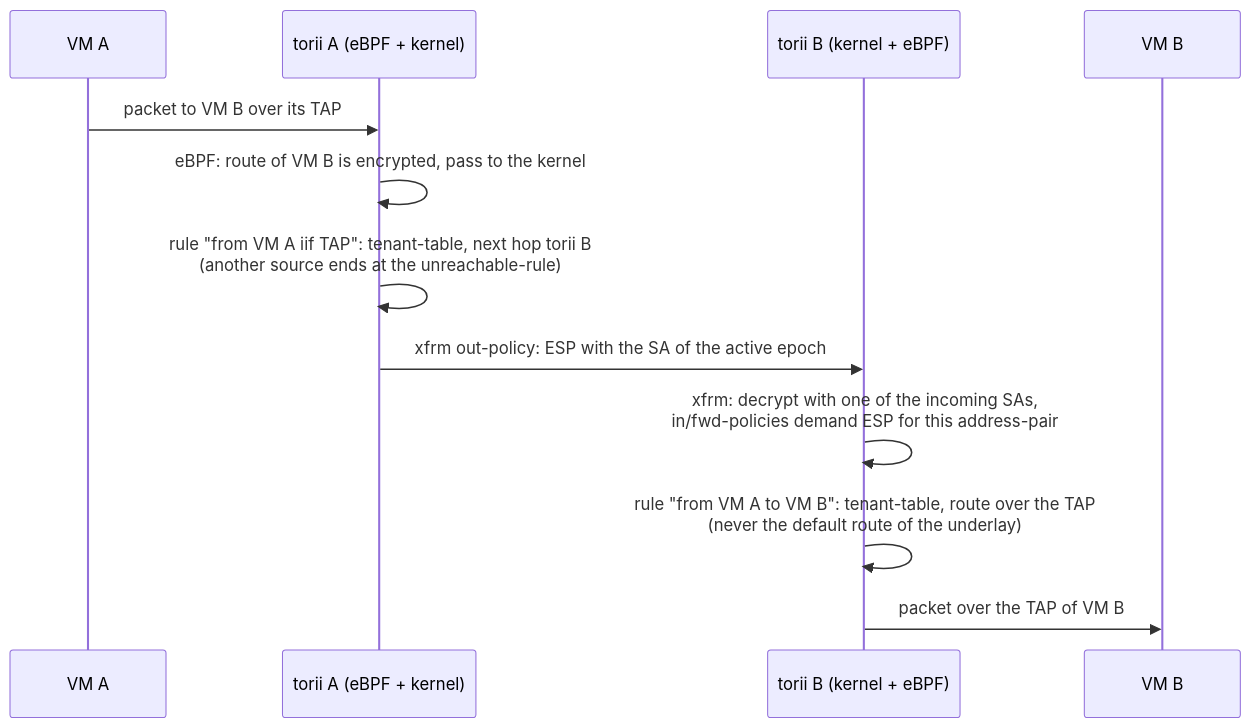
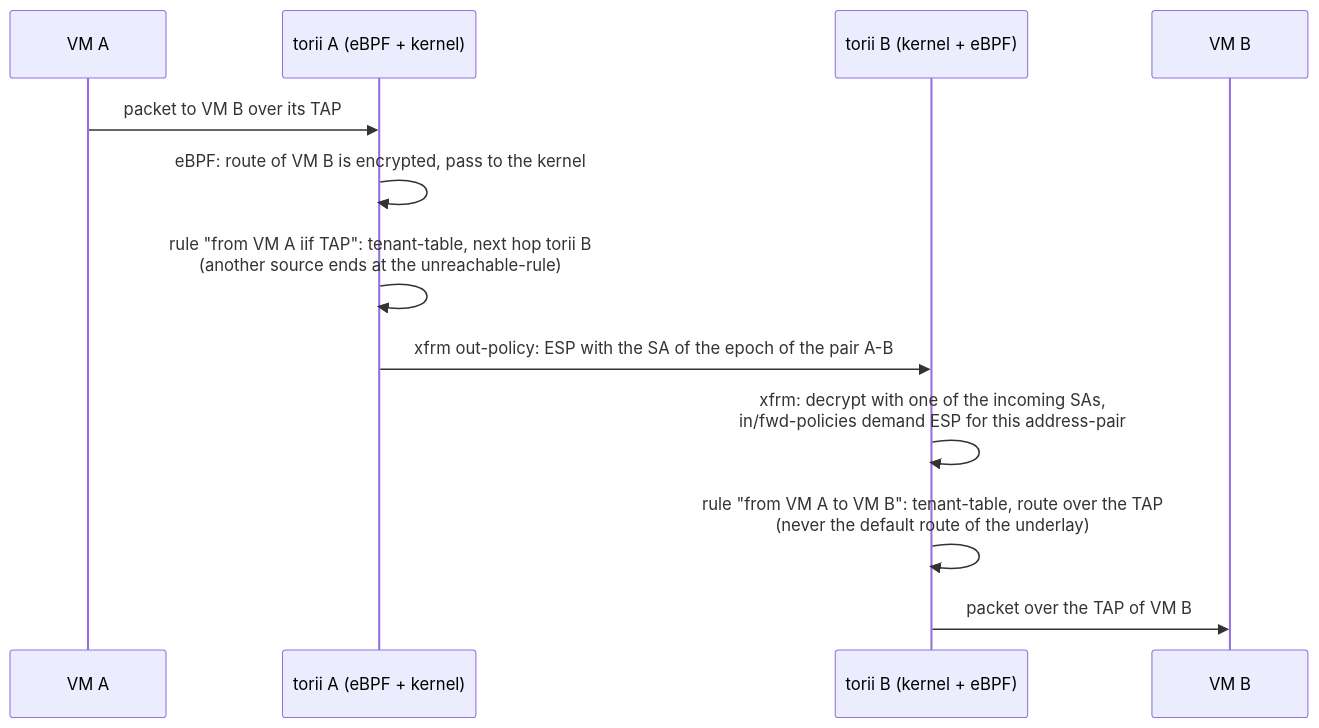
Before and after one commit to kitsudaiki/ainari: diagram 13 of 20 in docs/developer/sequence_diagrams/network_crypto_key_exchange.md, drawn with Mermaid. The commit also changed other lines of this file and 3 other files, not shown here.

````diff
--- a/docs/developer/sequence_diagrams/network_crypto_key_exchange.md
+++ b/docs/developer/sequence_diagrams/network_crypto_key_exchange.md
@@ -438,15 +489,15 @@
 ```mermaid
 sequenceDiagram
     participant VA as VM A
     participant TA as torii A (eBPF + kernel)
     participant TB as torii B (kernel + eBPF)
     participant VB as VM B
 
     VA->>TA: packet to VM B over its TAP
     TA->>TA: eBPF: route of VM B is encrypted, pass to the kernel
     TA->>TA: rule "from VM A iif TAP": tenant-table, next hop torii B<br/>(another source ends at the unreachable-rule)
-    TA->>TB: xfrm out-policy: ESP with the SA of the active epoch
+    TA->>TB: xfrm out-policy: ESP with the SA of the epoch of the pair A-B
     TB->>TB: xfrm: decrypt with one of the incoming SAs,<br/>in/fwd-policies demand ESP for this address-pair
     TB->>TB: rule "from VM A to VM B": tenant-table, route over the TAP<br/>(never the default route of the underlay)
     TB->>VB: packet over the TAP of VM B
 ```
````
